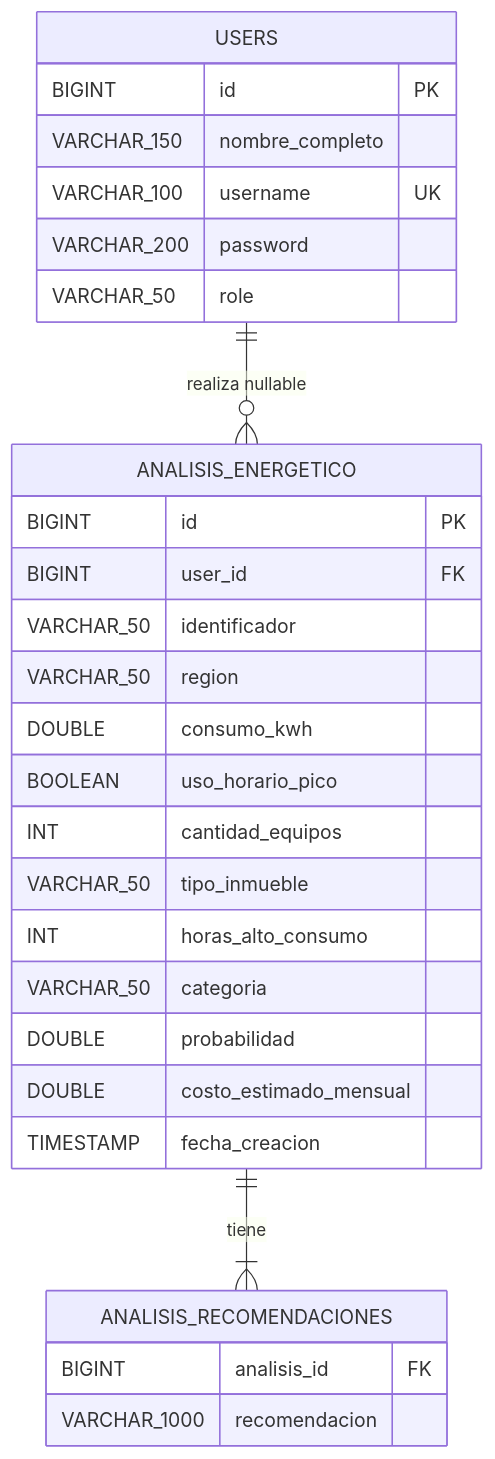
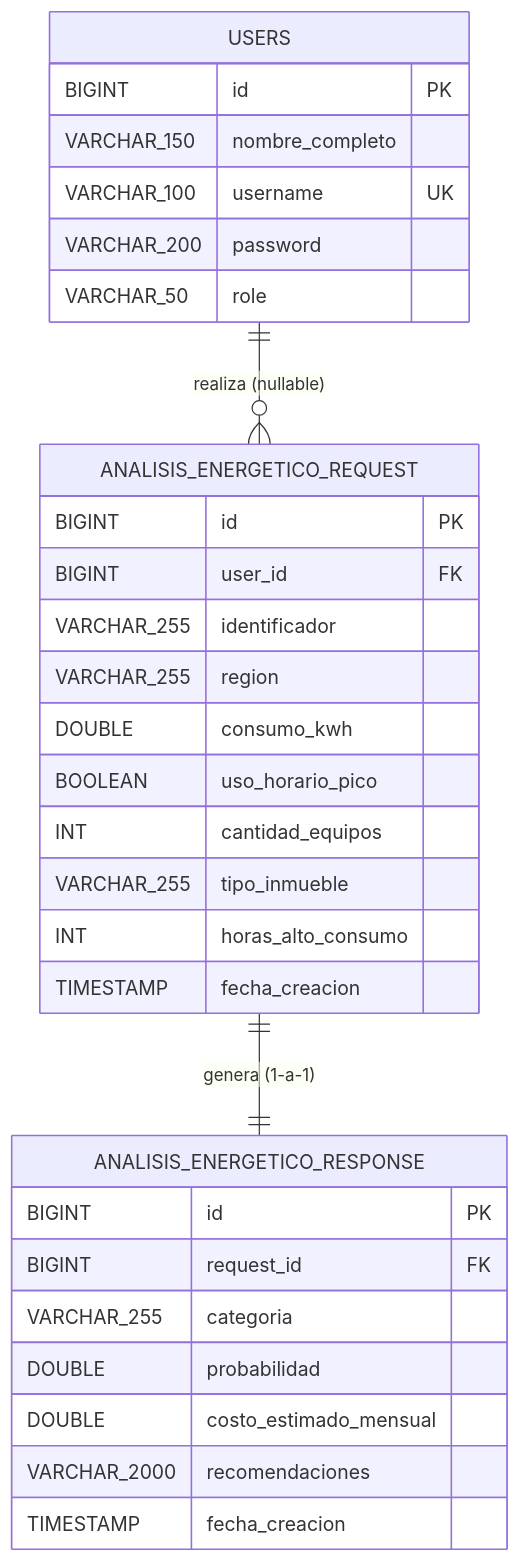
Before and after one commit to No-Country-simulation/G9-LATAM-TEAM-60: the fifth of 16 diagrams in DOCUMENTACION_TECNICA.md, drawn with Mermaid. The commit also changed other lines of this file and 2 other files, not shown here.

Commit message:
docs(frontend): actualizar Frontend/README.md, README.md y diagramas Mermaid con arquitectura relacional de 3 tablas y modelo de Regresión Logística

````diff
--- a/DOCUMENTACION_TECNICA.md
+++ b/DOCUMENTACION_TECNICA.md
@@ -923,34 +922,36 @@
 ```mermaid
 erDiagram
     USERS {
         BIGINT id PK
         VARCHAR_150 nombre_completo
         VARCHAR_100 username UK
         VARCHAR_200 password
         VARCHAR_50 role
     }
 
-    ANALISIS_ENERGETICO {
+    ANALISIS_ENERGETICO_REQUEST {
         BIGINT id PK
         BIGINT user_id FK
-        VARCHAR_50 identificador
-        VARCHAR_50 region
+        VARCHAR_255 identificador
+        VARCHAR_255 region
         DOUBLE consumo_kwh
         BOOLEAN uso_horario_pico
         INT cantidad_equipos
-        VARCHAR_50 tipo_inmueble
+        VARCHAR_255 tipo_inmueble
         INT horas_alto_consumo
-        VARCHAR_50 categoria
-        DOUBLE probabilidad
-        DOUBLE costo_estimado_mensual
         TIMESTAMP fecha_creacion
     }
 
-    ANALISIS_RECOMENDACIONES {
-        BIGINT analisis_id FK
-        VARCHAR_1000 recomendacion
+    ANALISIS_ENERGETICO_RESPONSE {
+        BIGINT id PK
+        BIGINT request_id FK
+        VARCHAR_255 categoria
+        DOUBLE probabilidad
+        DOUBLE costo_estimado_mensual
+        VARCHAR_2000 recomendaciones
+        TIMESTAMP fecha_creacion
     }
 
-    USERS ||--o{ ANALISIS_ENERGETICO : "realiza nullable"
-    ANALISIS_ENERGETICO ||--|{ ANALISIS_RECOMENDACIONES : "tiene"
+    USERS ||--o{ ANALISIS_ENERGETICO_REQUEST : "realiza (nullable)"
+    ANALISIS_ENERGETICO_REQUEST ||--|| ANALISIS_ENERGETICO_RESPONSE : "genera (1-a-1)"
 ```
````
